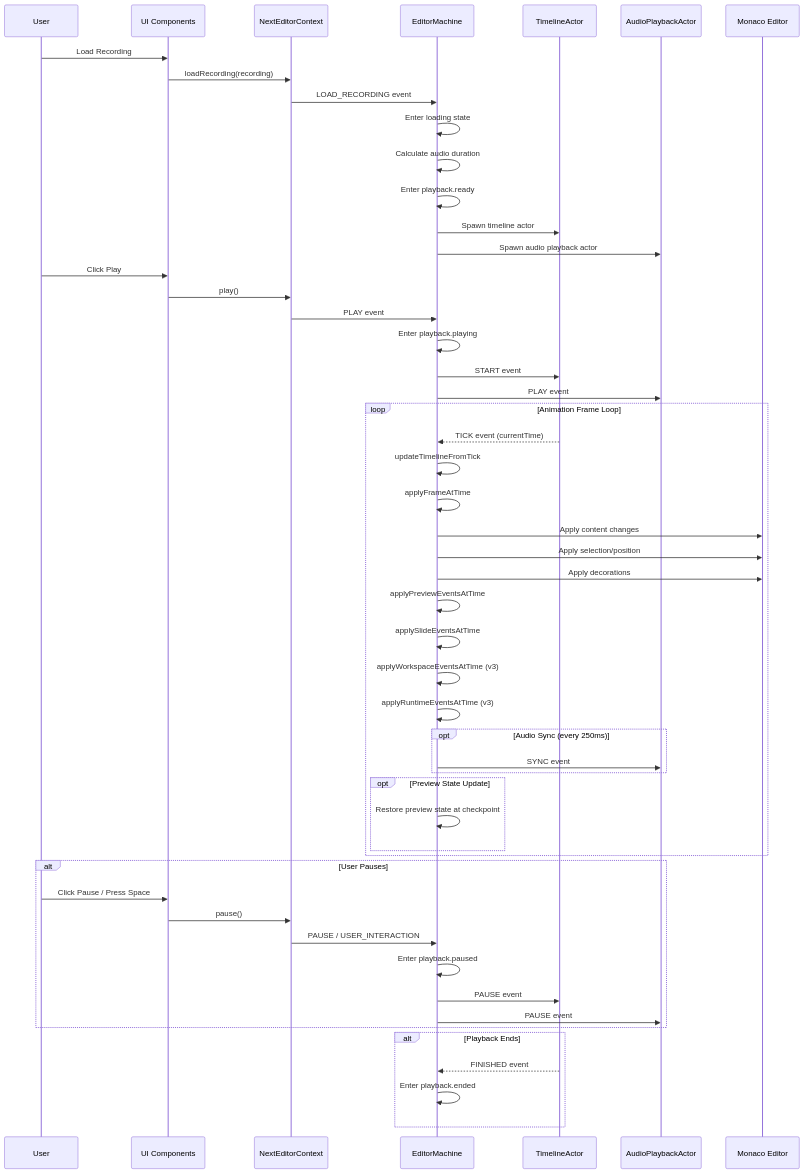
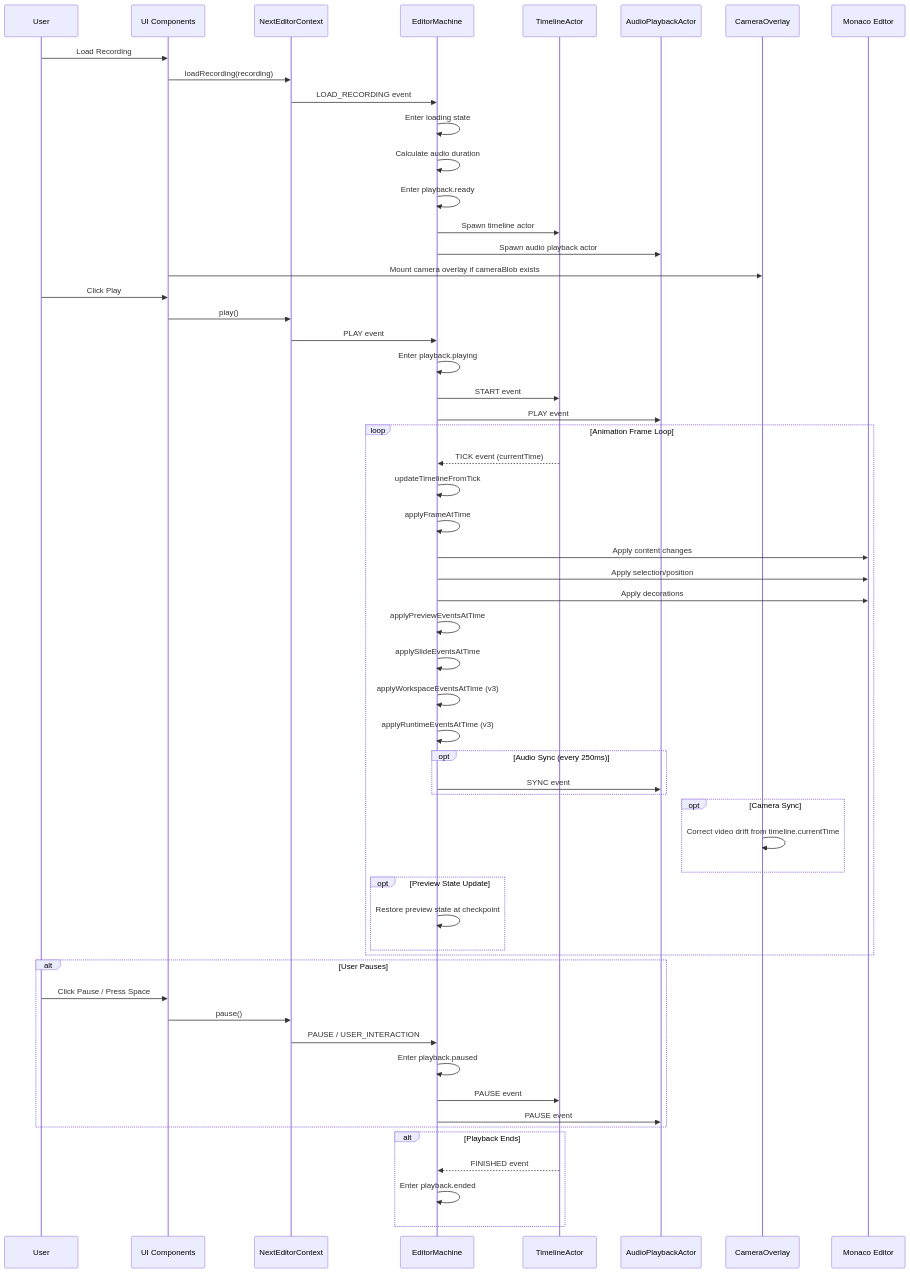
The third of 6 diagrams in docs/data-flow.md (channyeintun/next-editor), drawn with Mermaid before and after one commit. The commit also changed other lines of this file and 7 other files, not shown here.

````diff
--- a/docs/data-flow.md
+++ b/docs/data-flow.md
@@ -148,62 +163,68 @@
 ```mermaid
 sequenceDiagram
     participant User
     participant UI as UI Components
     participant Context as NextEditorContext
     participant Machine as EditorMachine
     participant Timeline as TimelineActor
     participant Audio as AudioPlaybackActor
+    participant Camera as CameraOverlay
     participant Editor as Monaco Editor
 
     User->>UI: Load Recording
     UI->>Context: loadRecording(recording)
     Context->>Machine: LOAD_RECORDING event
     Machine->>Machine: Enter loading state
     Machine->>Machine: Calculate audio duration
     Machine->>Machine: Enter playback.ready
 
     Machine->>Timeline: Spawn timeline actor
     Machine->>Audio: Spawn audio playback actor
+    UI->>Camera: Mount camera overlay if cameraBlob exists
 
     User->>UI: Click Play
     UI->>Context: play()
     Context->>Machine: PLAY event
     Machine->>Machine: Enter playback.playing
     Machine->>Timeline: START event
     Machine->>Audio: PLAY event
 
     loop Animation Frame Loop
         Timeline-->>Machine: TICK event (currentTime)
         Machine->>Machine: updateTimelineFromTick
         Machine->>Machine: applyFrameAtTime
         Machine->>Editor: Apply content changes
         Machine->>Editor: Apply selection/position
         Machine->>Editor: Apply decorations
         Machine->>Machine: applyPreviewEventsAtTime
         Machine->>Machine: applySlideEventsAtTime
         Machine->>Machine: applyWorkspaceEventsAtTime (v3)
         Machine->>Machine: applyRuntimeEventsAtTime (v3)
 
         opt Audio Sync (every 250ms)
             Machine->>Audio: SYNC event
         end
 
+        opt Camera Sync
+            Camera->>Camera: Correct video drift from timeline.currentTime
+        end
+
         opt Preview State Update
             Machine->>Machine: Restore preview state at checkpoint
         end
     end
 
     alt User Pauses
         User->>UI: Click Pause / Press Space
         UI->>Context: pause()
         Context->>Machine: PAUSE / USER_INTERACTION
         Machine->>Machine: Enter playback.paused
         Machine->>Timeline: PAUSE event
         Machine->>Audio: PAUSE event
     end
 
     alt Playback Ends
         Timeline-->>Machine: FINISHED event
         Machine->>Machine: Enter playback.ended
     end
 ```
````
